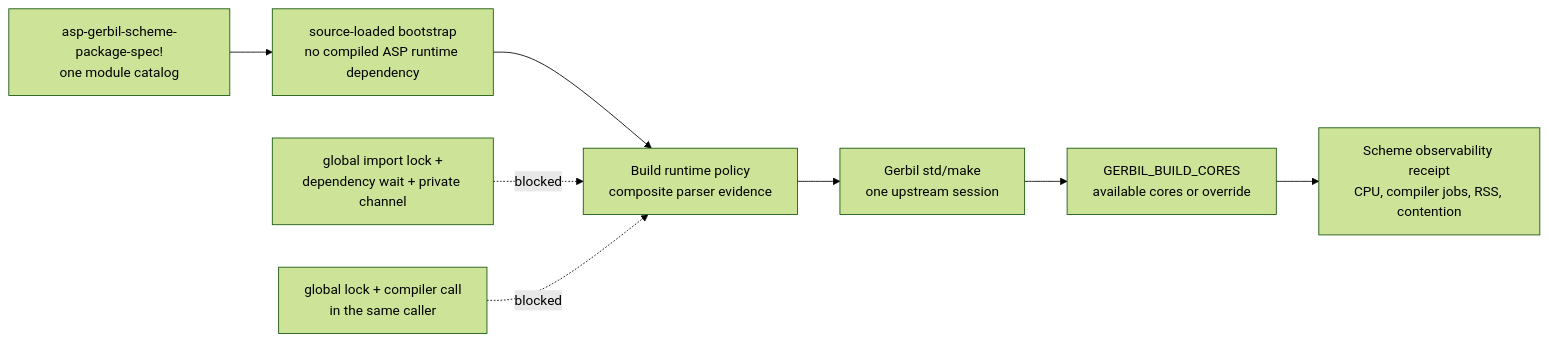
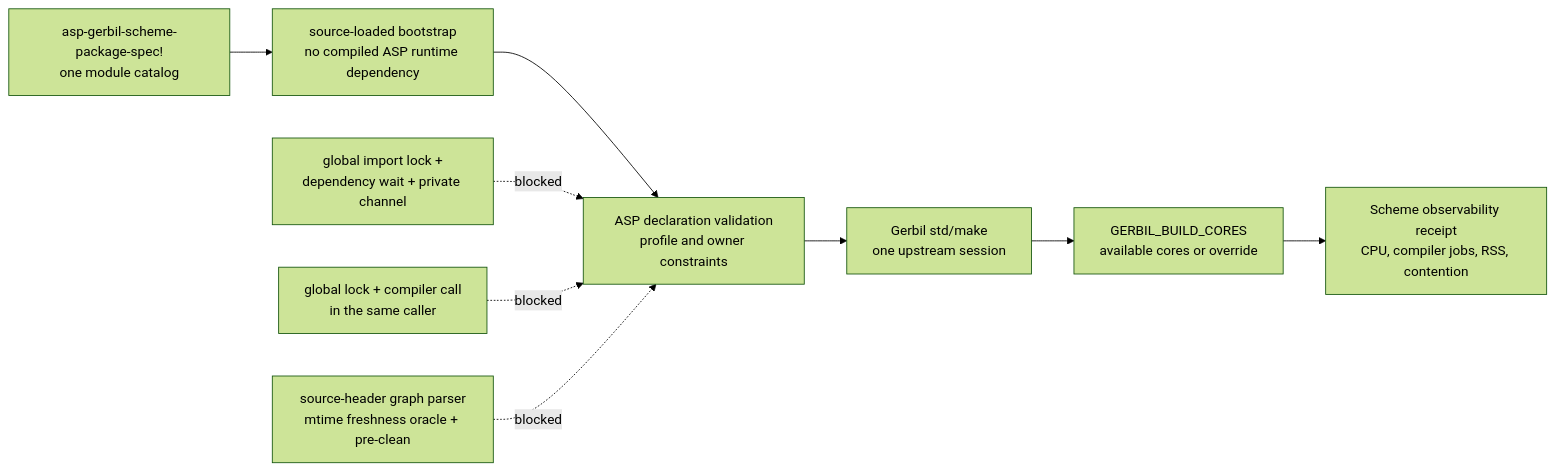
Before and after one commit to tao3k/asp-gerbil-scheme: the first of 2 diagrams in docs/30-39-building/31.08-build-graph-performance-policy.org, drawn with Mermaid (forest theme). The commit also changed other lines of this file and 4 other files, not shown here.

Commit message:
build: delegate package graph authority to std make

```diff
--- a/docs/30-39-building/31.08-build-graph-performance-policy.org
+++ b/docs/30-39-building/31.08-build-graph-performance-policy.org
@@ -15,15 +15,17 @@
 #+begin_src mermaid
 flowchart LR
   Spec["asp-gerbil-scheme-package-spec!\none module catalog"]
   Bootstrap["source-loaded bootstrap\nno compiled ASP runtime dependency"]
-  Admission["Build runtime policy\ncomposite parser evidence"]
+  Validation["ASP declaration validation\nprofile and owner constraints"]
   Make["Gerbil std/make\none upstream session"]
   Workers["GERBIL_BUILD_CORES\navailable cores or override"]
   Receipt["Scheme observability receipt\nCPU, compiler jobs, RSS, contention"]
 
-  Spec --> Bootstrap --> Admission --> Make --> Workers --> Receipt
+  Spec --> Bootstrap --> Validation --> Make --> Workers --> Receipt
   Shadow["global import lock +\ndependency wait + private channel"]
   LockedCompile["global lock + compiler call\nin the same caller"]
-  Shadow -. "blocked" .-> Admission
-  LockedCompile -. "blocked" .-> Admission
+  Parser["source-header graph parser\nmtime freshness oracle + pre-clean"]
+  Shadow -. "blocked" .-> Validation
+  LockedCompile -. "blocked" .-> Validation
+  Parser -. "blocked" .-> Validation
 #+end_src
```
